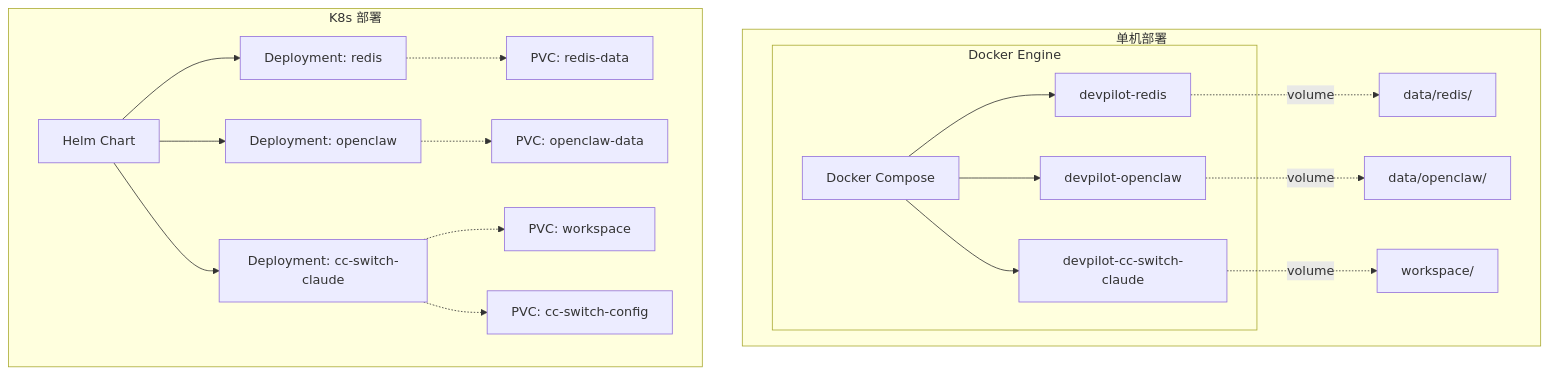
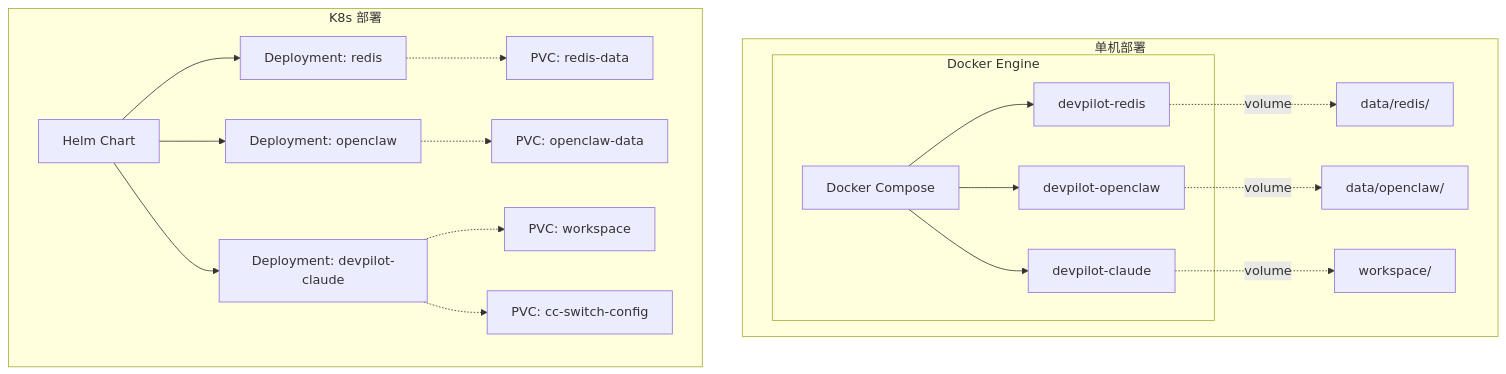
Before and after one commit to smart-open/DevPilot: the third of 14 diagrams in 产品架构技术设计说明书.md, drawn with Mermaid. The commit also changed other lines of this file and 5 other files, not shown here.

First line of the commit message:
[docs] 同步服务名 cc-switch-claude -> devpilot-claude（README / 运维手册 / 用户手册 / 架构设计书 / cicd READMEs）

````diff
--- a/产品架构技术设计说明书.md
+++ b/产品架构技术设计说明书.md
@@ -211,25 +211,25 @@
 ```mermaid
 graph TB
     subgraph 单机部署
         subgraph Docker Engine
             DC[Docker Compose]
             DC --> C1[devpilot-redis]
             DC --> C2[devpilot-openclaw]
-            DC --> C3[devpilot-cc-switch-claude]
+            DC --> C3[devpilot-claude]
         end
         C1 -.->|volume| V1[data/redis/]
         C2 -.->|volume| V2[data/openclaw/]
         C3 -.->|volume| V3[workspace/]
     end
 
     subgraph K8s 部署
         HM[Helm Chart]
         HM --> D1[Deployment: redis]
         HM --> D2[Deployment: openclaw]
-        HM --> D3[Deployment: cc-switch-claude]
+        HM --> D3[Deployment: devpilot-claude]
         D1 -.-> PVC1[PVC: redis-data]
         D2 -.-> PVC2[PVC: openclaw-data]
         D3 -.-> PVC3[PVC: workspace]
         D3 -.-> PVC4[PVC: cc-switch-config]
     end
 ```
````
